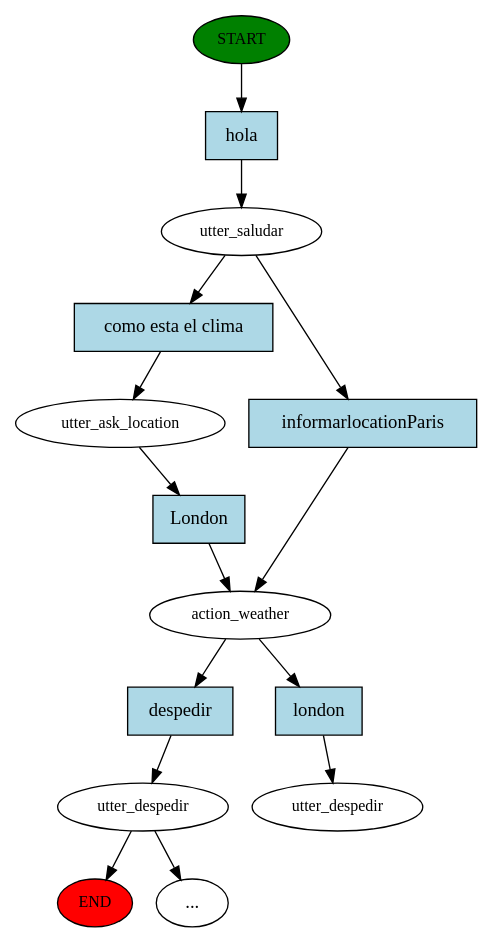
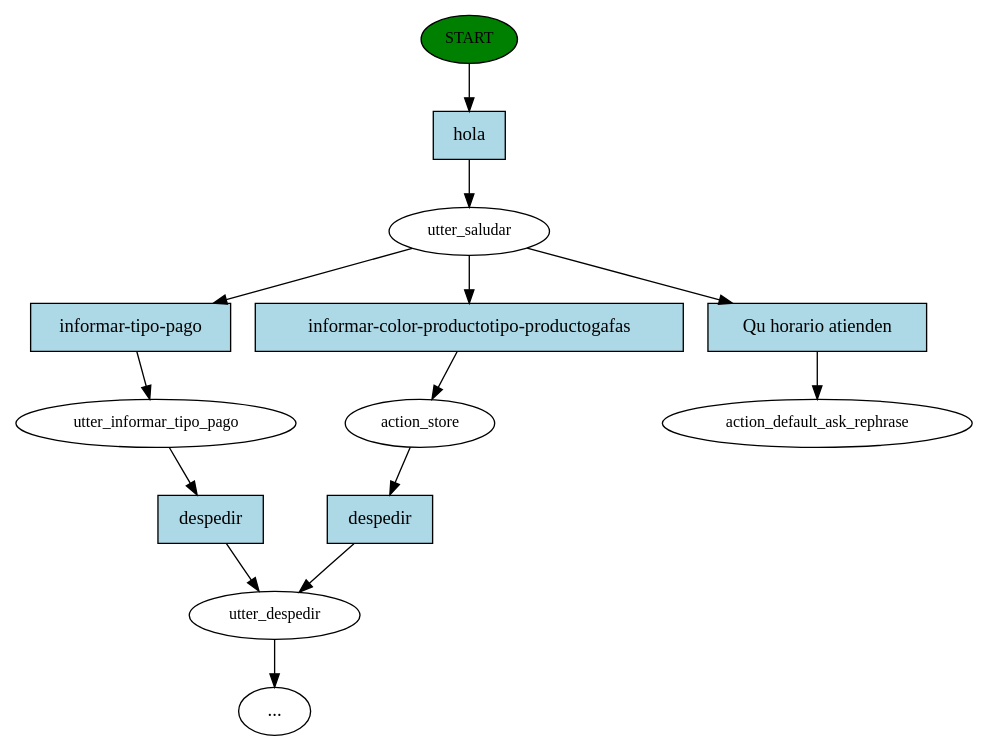
Before and after one commit to menoguerar/Proyecto-Sistemas-Inteligentes: the diagram in chatbot/story_graph.dot, drawn with Graphviz. The commit also changed 11 other files, not shown here.

```diff
--- a/chatbot/story_graph.dot
+++ b/chatbot/story_graph.dot
@@ -1,30 +1,28 @@
 digraph  {
 0 [class="start active", fillcolor=green, fontsize=12, label=START, style=filled];
-"-1" [class=end, fillcolor=red, fontsize=12, label=END, style=filled];
 1 [class=active, fontsize=12, label=utter_saludar];
-2 [class=active, fontsize=12, label=utter_ask_location];
-3 [class=active, fontsize=12, label=action_weather];
-4 [class="", fontsize=12, label=utter_despedir];
-"-3" [class=ellipsis, label="..."];
-11 [class="dashed active", fontsize=12, label=utter_despedir];
-12 [class="intent active", fillcolor=lightblue, label=hola, shape=rect, style=filled];
-13 [class="intent active", fillcolor=lightblue, label="como esta el clima", shape=rect, style=filled];
-14 [class=intent, fillcolor=lightblue, label=informarlocationParis, shape=rect, style=filled];
-15 [class="intent active", fillcolor=lightblue, label=London, shape=rect, style=filled];
-16 [class=intent, fillcolor=lightblue, label=despedir, shape=rect, style=filled];
-17 [class="intent active", fillcolor=lightblue, label=london, shape=rect, style=filled];
-0 -> 12  [class=active, key=0];
-1 -> 13  [class=active, key=0];
-1 -> 14  [class="", key=0];
-2 -> 15  [class=active, key=0];
-3 -> 16  [class="", key=0];
-3 -> 17  [class=active, key=0];
-4 -> "-1"  [class="", key=NONE, label=""];
-4 -> "-3"  [class="", key=NONE, label=""];
-12 -> 1  [class=active, key=0];
-13 -> 2  [class=active, key=0];
+2 [class="", fontsize=12, label=utter_informar_tipo_pago];
+3 [class="", fontsize=12, label=utter_despedir];
+5 [class="", fontsize=12, label=action_store];
+"-4" [class=ellipsis, label="..."];
+8 [class="dashed active", fontsize=12, label=action_default_ask_rephrase];
+9 [class="intent active", fillcolor=lightblue, label=hola, shape=rect, style=filled];
+10 [class=intent, fillcolor=lightblue, label="informar-tipo-pago", shape=rect, style=filled];
+11 [class=intent, fillcolor=lightblue, label="informar-color-productotipo-productogafas", shape=rect, style=filled];
+12 [class="intent active", fillcolor=lightblue, label="Qu horario atienden ", shape=rect, style=filled];
+13 [class=intent, fillcolor=lightblue, label=despedir, shape=rect, style=filled];
+14 [class=intent, fillcolor=lightblue, label=despedir, shape=rect, style=filled];
+0 -> 9  [class=active, key=0];
+1 -> 10  [class="", key=0];
+1 -> 11  [class="", key=0];
+1 -> 12  [class=active, key=0];
+2 -> 13  [class="", key=0];
+3 -> "-4"  [class="", key=NONE, label=""];
+5 -> 14  [class="", key=0];
+9 -> 1  [class=active, key=0];
+10 -> 2  [class="", key=0];
+11 -> 5  [class="", key=0];
+12 -> 8  [class=active, key=0];
+13 -> 3  [class="", key=0];
 14 -> 3  [class="", key=0];
-15 -> 3  [class=active, key=0];
-16 -> 4  [class="", key=0];
-17 -> 11  [class=active, key=0];
 }
```
